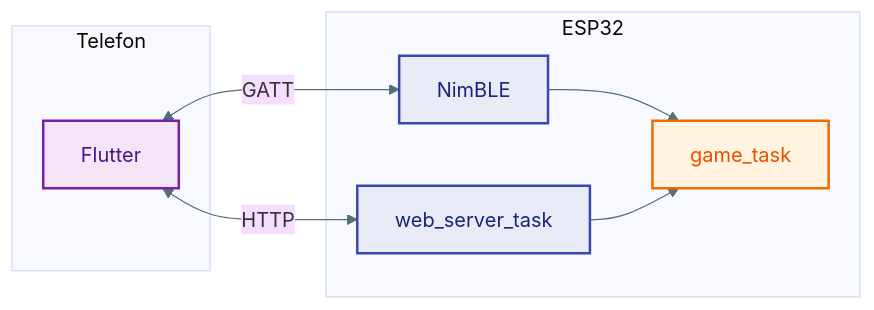
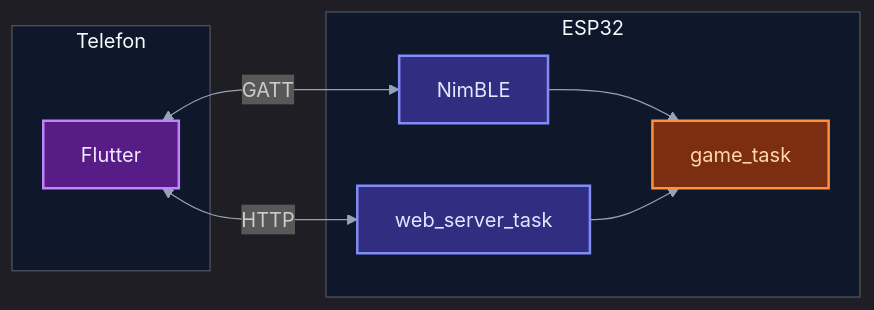
One commit to AlfredKrutina/chess_esp32_c6_devkit changed the third of 5 diagrams in docs/flutter/README.md. Above: the diagram before and after it, drawn with Mermaid. The commit also changed other lines of this file and 97 other files, not shown here.

Commit message:
more diagrams

````diff
--- a/docs/flutter/README.md
+++ b/docs/flutter/README.md
@@ -88,19 +92,19 @@
 ```mermaid
-%%{init: {'theme':'base', 'themeVariables': {'lineColor':'#546e7a'}}}%%
+%%{init: {'theme':'dark','themeVariables':{'clusterBkg':'#0f172a','lineColor':'#94a3b8','primaryTextColor':'#f1f5f9','titleColor':'#f8fafc'}}}%%
 flowchart LR
   subgraph Phone["Telefon"]
     APP[Flutter]:::p
   end
   subgraph Board["ESP32"]
     NIM[NimBLE]:::b
     WEB[web_server_task]:::b
     GT[game_task]:::g
   end
   APP <-->|GATT| NIM
   APP <-->|HTTP| WEB
   NIM --> GT
   WEB --> GT
-  classDef p fill:#f3e5f5,stroke:#7b1fa2,stroke-width:2px,color:#4a148c
-  classDef b fill:#e8eaf6,stroke:#3949ab,stroke-width:2px,color:#1a237e
-  classDef g fill:#fff3e0,stroke:#ef6c00,stroke-width:2px,color:#e65100
+  classDef p fill:#581c87,stroke:#c084fc,stroke-width:2px,color:#f3e8ff
+  classDef b fill:#312e81,stroke:#818cf8,stroke-width:2px,color:#e0e7ff
+  classDef g fill:#7c2d12,stroke:#fb923c,stroke-width:2px,color:#fed7aa
 ```
````
